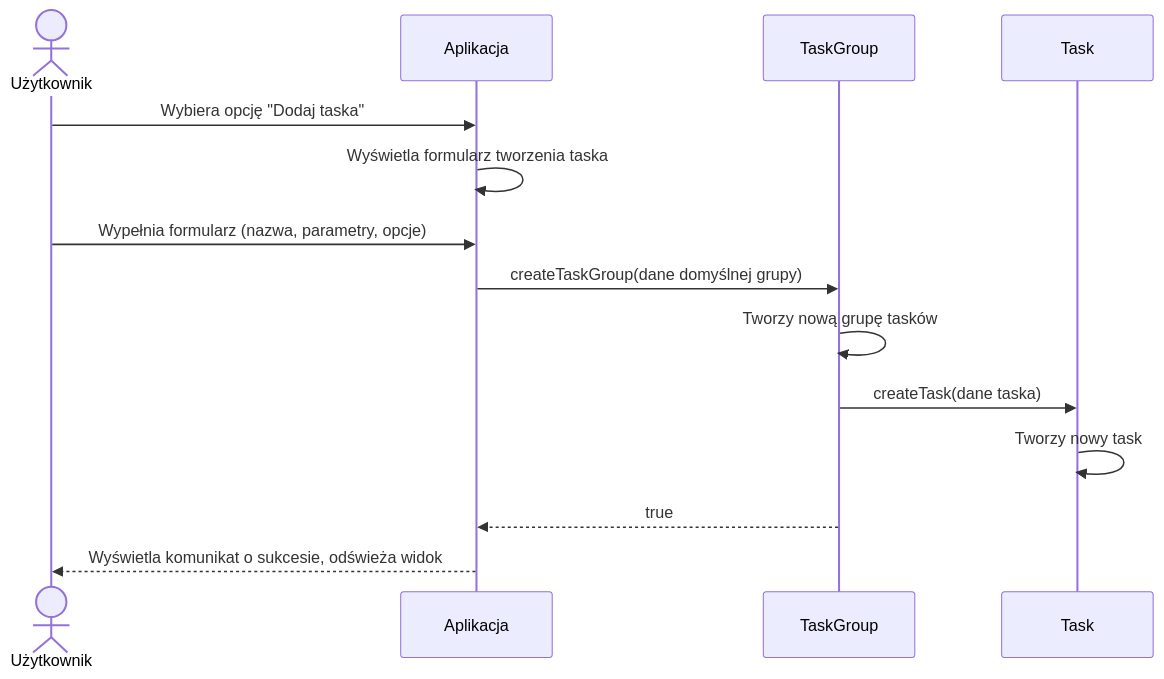
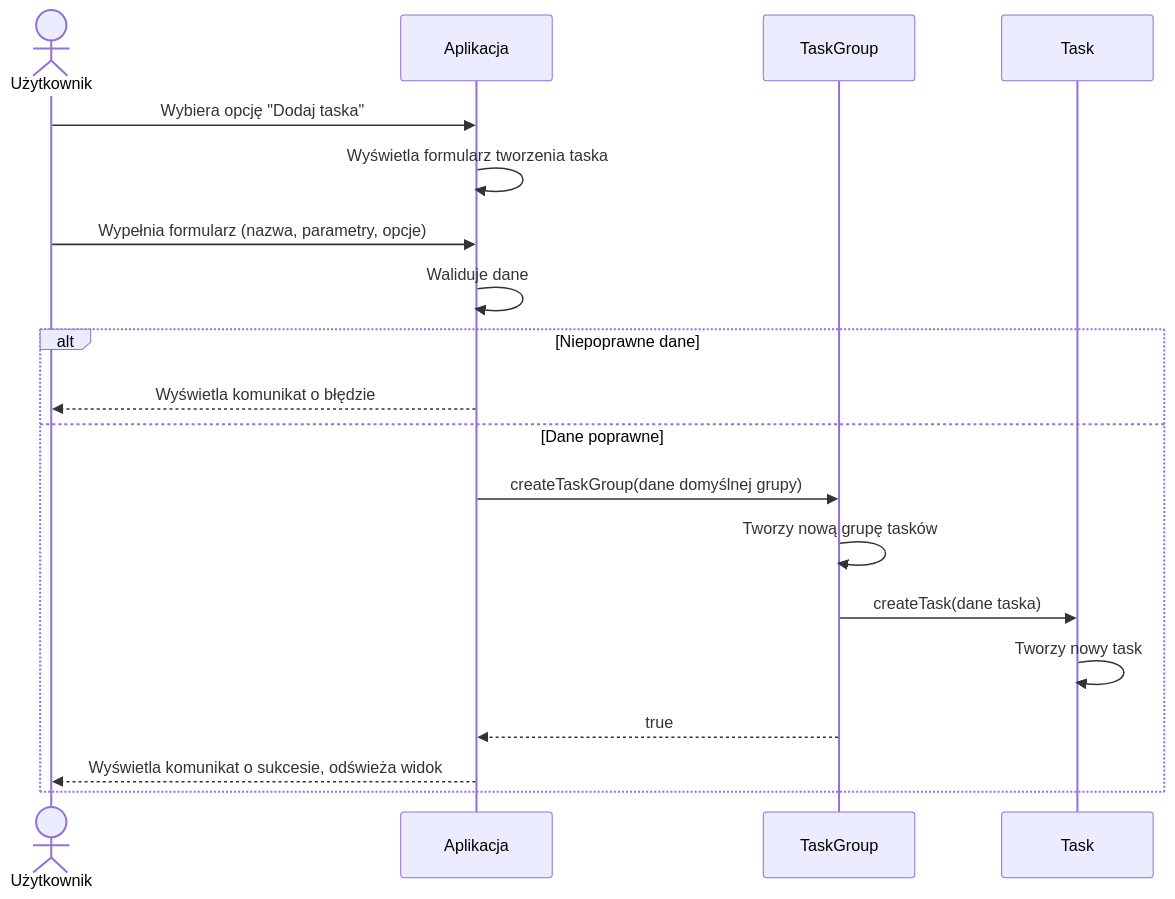
One commit to Tarnuchy/EggJob changed the diagram in docs/zadanie4/diagram-sekwencji-tworzenia-taska-bez-grupy.md. Above: the diagram before and after it, drawn with Mermaid.

Commit message:
fix seq diag creat t no tg

````diff
--- a/docs/zadanie4/diagram-sekwencji-tworzenia-taska-bez-grupy.md
+++ b/docs/zadanie4/diagram-sekwencji-tworzenia-taska-bez-grupy.md
@@ -3,17 +3,22 @@
 ```mermaid
 sequenceDiagram
     actor U as Użytkownik
     participant UI as Aplikacja
     participant TG as TaskGroup
     participant T as Task
 
     U->>UI: Wybiera opcję "Dodaj taska"
     UI->>UI: Wyświetla formularz tworzenia taska
     U->>UI: Wypełnia formularz (nazwa, parametry, opcje)
-    UI->>TG: createTaskGroup(dane domyślnej grupy)
-    TG->>TG: Tworzy nową grupę tasków
-    TG->>T: createTask(dane taska)
-    T->>T: Tworzy nowy task
-    TG-->>UI: true
-    UI-->>U: Wyświetla komunikat o sukcesie, odświeża widok
+    UI->>UI: Waliduje dane
+    alt Niepoprawne dane
+        UI-->>U: Wyświetla komunikat o błędzie
+    else Dane poprawne
+        UI->>TG: createTaskGroup(dane domyślnej grupy)
+        TG->>TG: Tworzy nową grupę tasków
+        TG->>T: createTask(dane taska)
+        T->>T: Tworzy nowy task
+        TG-->>UI: true
+        UI-->>U: Wyświetla komunikat o sukcesie, odświeża widok
+    end
 ```
````
